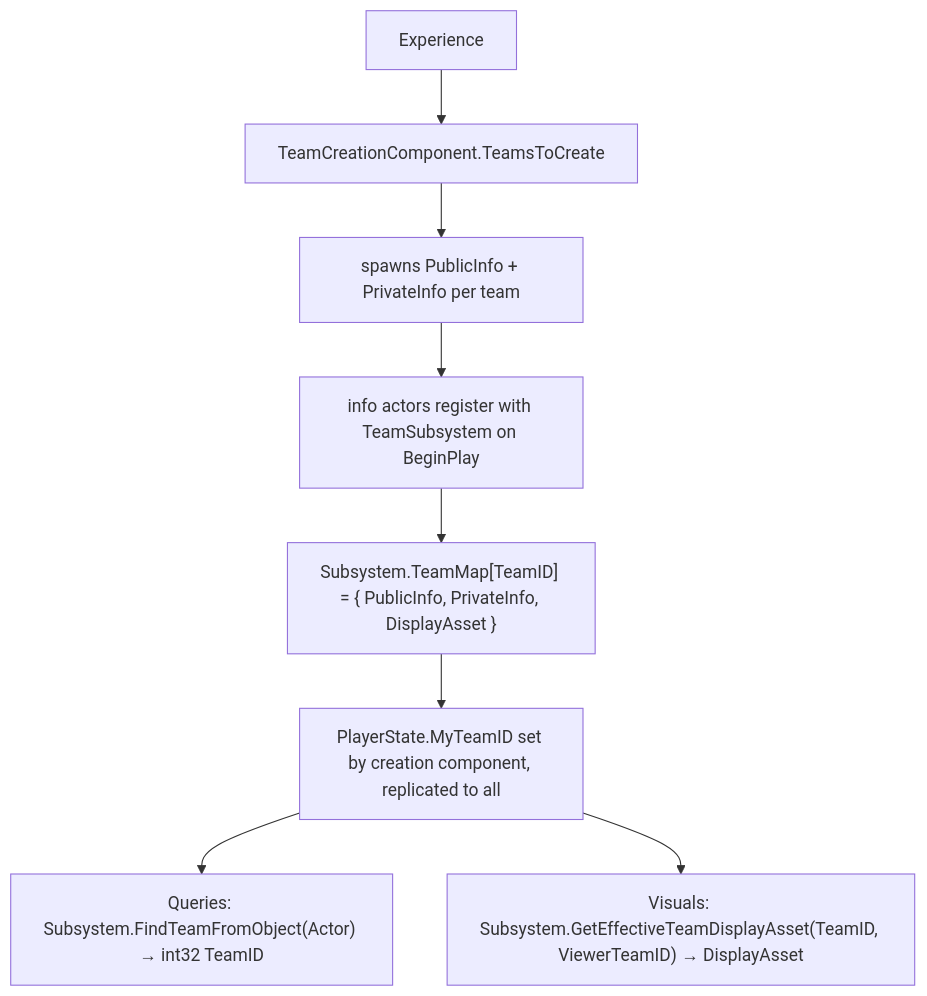
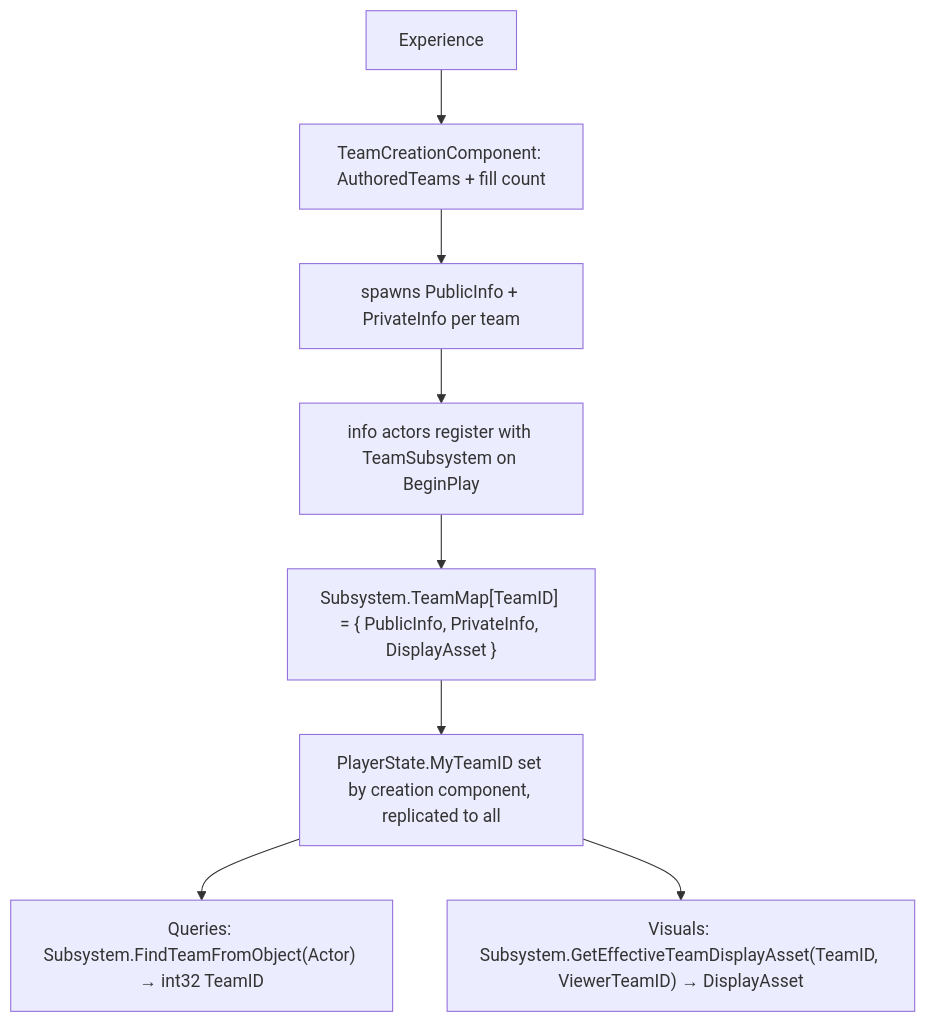
Before and after one commit to outliyr/outliyr-docs: the diagram in outliyr-framework/docs/base-lyra-modified/team/team-model.md, drawn with Mermaid. The commit also changed other lines of this file and 17 other files, not shown here.

````diff
--- a/outliyr-framework/docs/base-lyra-modified/team/team-model.md
+++ b/outliyr-framework/docs/base-lyra-modified/team/team-model.md
@@ -137,10 +137,10 @@
 ```mermaid
 flowchart TD
-    A[Experience] --> B[TeamCreationComponent.TeamsToCreate]
+    A[Experience] --> B["TeamCreationComponent: AuthoredTeams + fill count"]
     B --> C["spawns PublicInfo + PrivateInfo per team"]
     C --> D["info actors register with TeamSubsystem on BeginPlay"]
     D --> E["Subsystem.TeamMap[TeamID] = { PublicInfo, PrivateInfo, DisplayAsset }"]
     E --> F["PlayerState.MyTeamID set by creation component, replicated to all"]
     F --> G["Queries: Subsystem.FindTeamFromObject(Actor) → int32 TeamID"]
     F --> H["Visuals: Subsystem.GetEffectiveTeamDisplayAsset(TeamID, ViewerTeamID) → DisplayAsset"]
 ```
````
